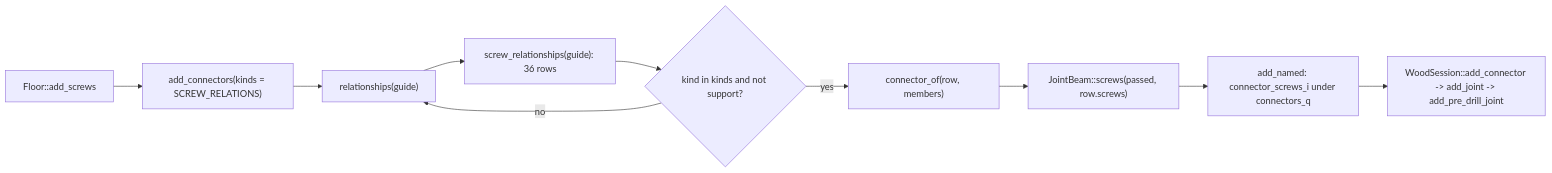
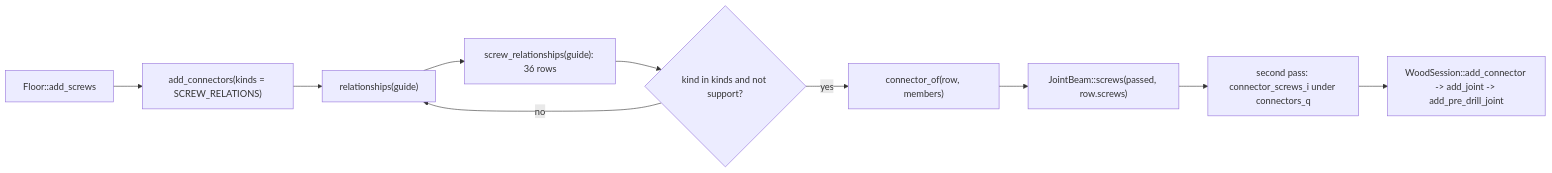
Before and after one commit to petrasvestartas/wood: the first of 3 diagrams in docs/templates/floor_10_screws.md, drawn with Mermaid. The commit also changed other lines of this file and 251 other files, not shown here.

````diff
--- a/docs/templates/floor_10_screws.md
+++ b/docs/templates/floor_10_screws.md
@@ -15,12 +15,12 @@
 ```mermaid
 flowchart LR
     A["Floor::add_screws"] --> B["add_connectors(kinds = SCREW_RELATIONS)"]
     B --> C["relationships(guide)"]
     C --> D["screw_relationships(guide): 36 rows"]
     D --> E{"kind in kinds and not support?"}
     E -- yes --> F["connector_of(row, members)"]
     F --> G["JointBeam::screws(passed, row.screws)"]
-    G --> H["add_named: connector_screws_i under connectors_q"]
+    G --> H["second pass: connector_screws_i under connectors_q"]
     H --> I["WoodSession::add_connector -> add_joint -> add_pre_drill_joint"]
     E -- no --> C
 ```
````
